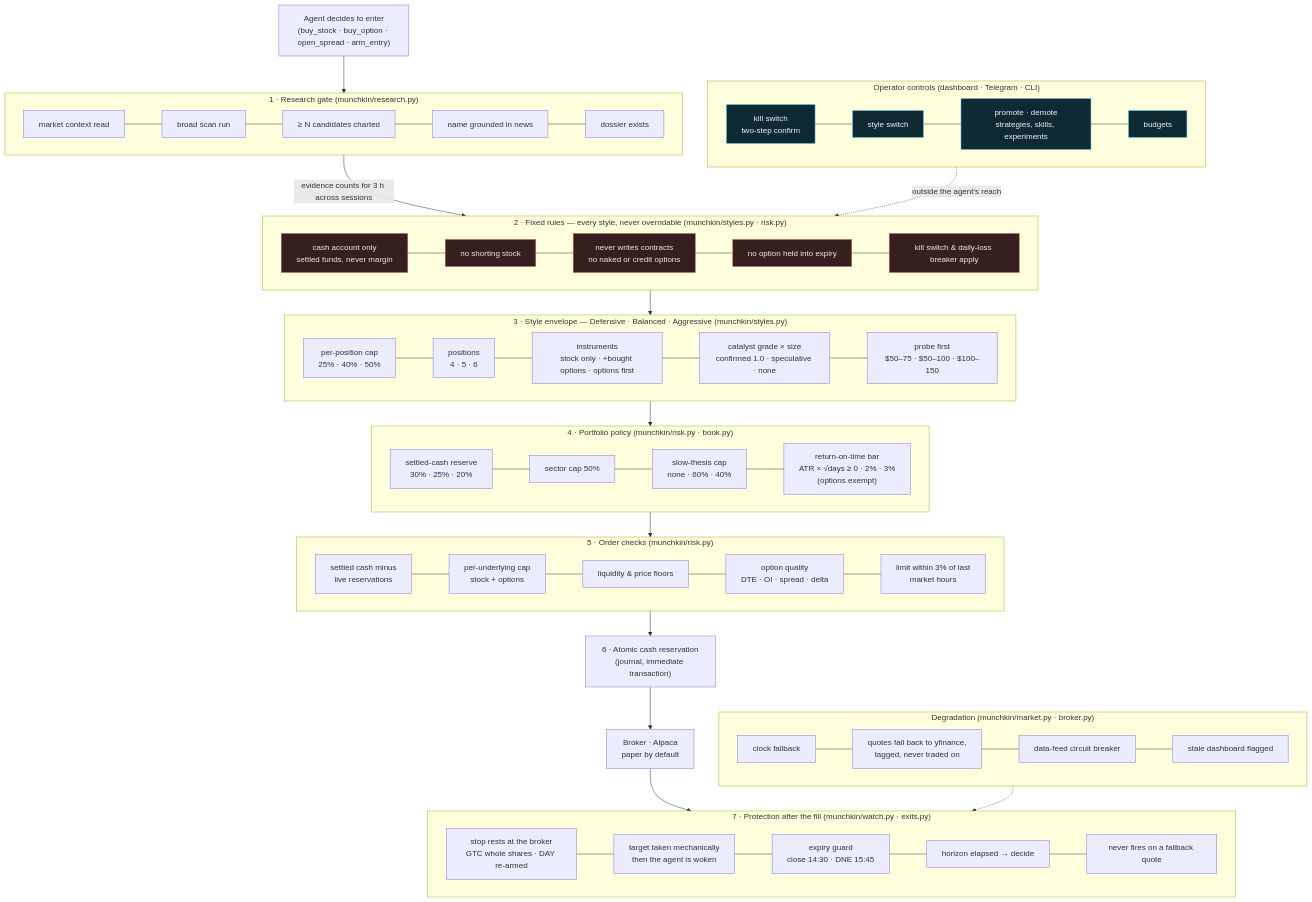
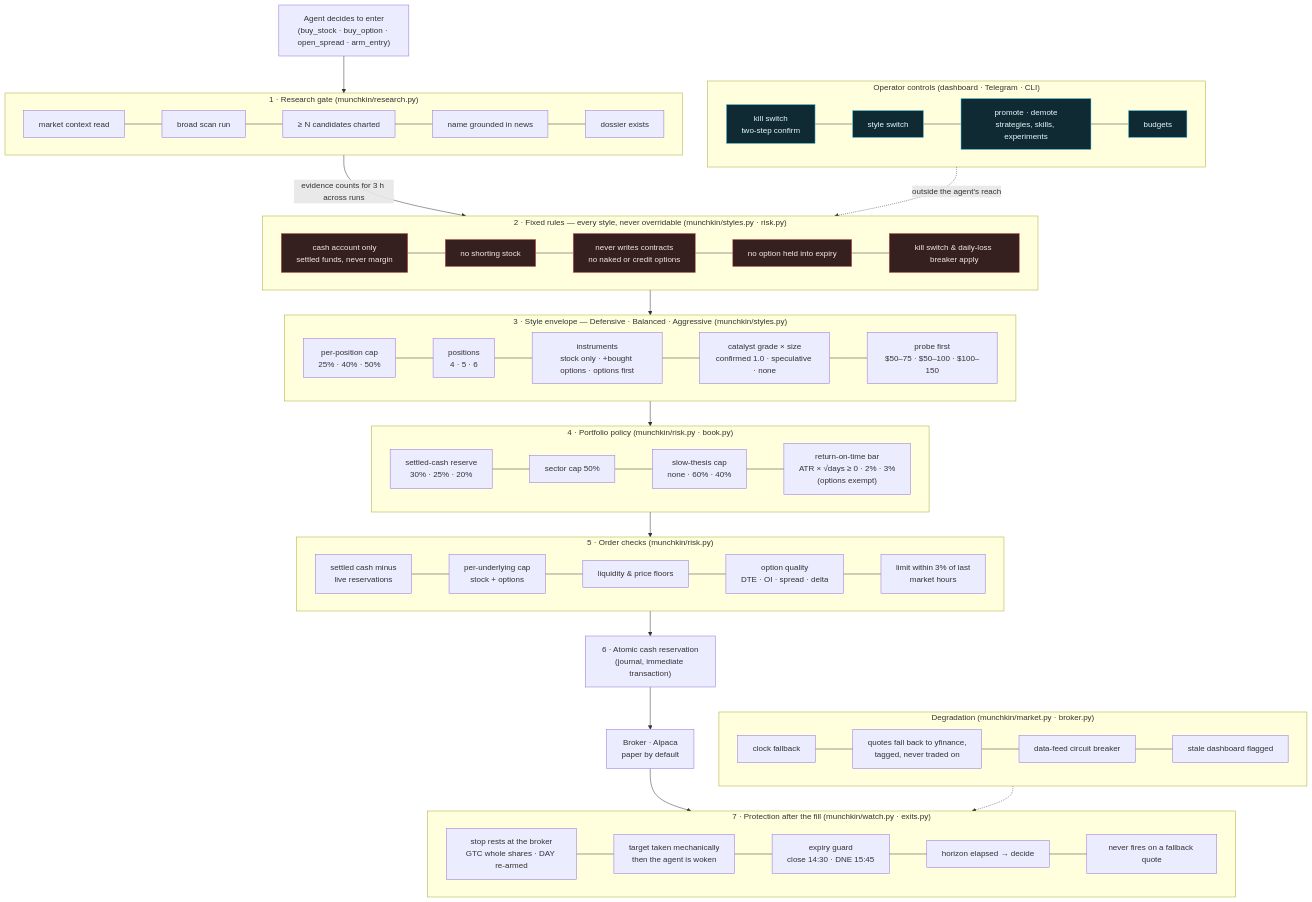
The first of 2 diagrams in docs/guardrails.md (jbpayton/MarketMunchkin), drawn with Mermaid before and after one commit. The commit also changed 22 other files, not shown here.

````diff
--- a/docs/guardrails.md
+++ b/docs/guardrails.md
@@ -6,58 +6,58 @@
 ```mermaid
 flowchart TD
     A["Agent decides to enter<br/>(buy_stock · buy_option · open_spread · arm_entry)"] --> RG
 
     subgraph RG["1 · Research gate  (munchkin/research.py)"]
         direction LR
         R1["market context read"] --- R2["broad scan run"] --- R3["≥ N candidates charted"] --- R4["name grounded in news"] --- R5["dossier exists"]
     end
-    RG -->|evidence counts for 3 h across sessions| FR
+    RG -->|evidence counts for 3 h across runs| FR
 
     subgraph FR["2 · Fixed rules — every style, never overridable  (munchkin/styles.py · risk.py)"]
         direction LR
         F1["cash account only<br/>settled funds, never margin"] --- F2["no shorting stock"] --- F3["never writes contracts<br/>no naked or credit options"] --- F4["no option held into expiry"] --- F5["kill switch & daily-loss breaker apply"]
     end
     FR --> ST
 
     subgraph ST["3 · Style envelope — Defensive · Balanced · Aggressive  (munchkin/styles.py)"]
         direction LR
         S1["per-position cap<br/>25% · 40% · 50%"] --- S2["positions<br/>4 · 5 · 6"] --- S3["instruments<br/>stock only · +bought options · options first"] --- S4["catalyst grade × size<br/>confirmed 1.0 · speculative · none"] --- S5["probe first<br/>$50–75 · $50–100 · $100–150"]
     end
     ST --> PP
 
     subgraph PP["4 · Portfolio policy  (munchkin/risk.py · book.py)"]
         direction LR
         P1["settled-cash reserve<br/>30% · 25% · 20%"] --- P2["sector cap 50%"] --- P3["slow-thesis cap<br/>none · 60% · 40%"] --- P4["return-on-time bar<br/>ATR × √days ≥ 0 · 2% · 3%<br/>(options exempt)"]
     end
     PP --> OC
 
     subgraph OC["5 · Order checks  (munchkin/risk.py)"]
         direction LR
         O1["settled cash minus<br/>live reservations"] --- O2["per-underlying cap<br/>stock + options"] --- O3["liquidity & price floors"] --- O4["option quality<br/>DTE · OI · spread · delta"] --- O5["limit within 3% of last<br/>market hours"]
     end
     OC --> RS["6 · Atomic cash reservation<br/>(journal, immediate transaction)"]
     RS --> BR["Broker · Alpaca<br/>paper by default"]
     BR --> WP
 
     subgraph WP["7 · Protection after the fill  (munchkin/watch.py · exits.py)"]
         direction LR
         W1["stop rests at the broker<br/>GTC whole shares · DAY re-armed"] --- W2["target taken mechanically<br/>then the agent is woken"] --- W3["expiry guard<br/>close 14:30 · DNE 15:45"] --- W4["horizon elapsed → decide"] --- W5["never fires on a fallback quote"]
     end
 
     subgraph OP["Operator controls  (dashboard · Telegram · CLI)"]
         direction LR
         K1["kill switch<br/>two-step confirm"] --- K2["style switch"] --- K3["promote · demote<br/>strategies, skills, experiments"] --- K4["budgets"]
     end
     OP -.->|"outside the agent's reach"| FR
 
     subgraph DG["Degradation  (munchkin/market.py · broker.py)"]
         direction LR
         D1["clock fallback"] --- D2["quotes fall back to yfinance,<br/>tagged, never traded on"] --- D3["data-feed circuit breaker"] --- D4["stale dashboard flagged"]
     end
     DG -.-> WP
 
     classDef fixed fill:#35201f,stroke:#cf5858,color:#f2e9e4
     classDef human fill:#0f2a33,stroke:#5fd3f0,color:#e6f7fb
     class F1,F2,F3,F4,F5 fixed
     class K1,K2,K3,K4 human
 ```
````
